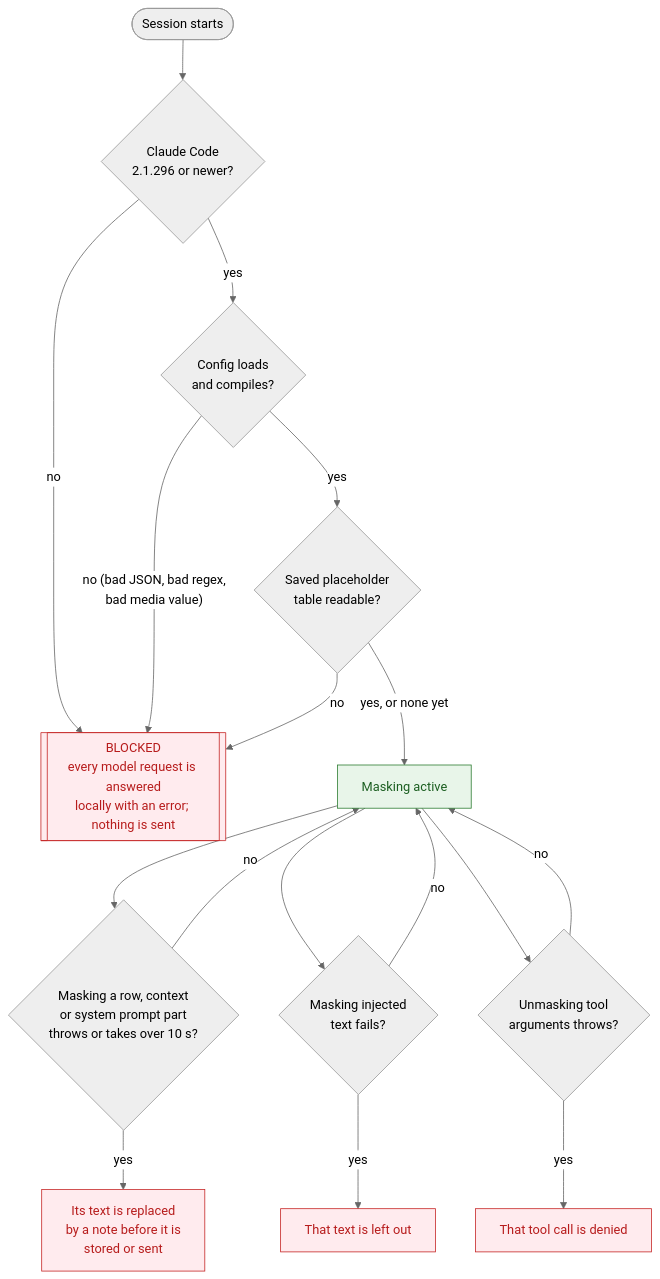
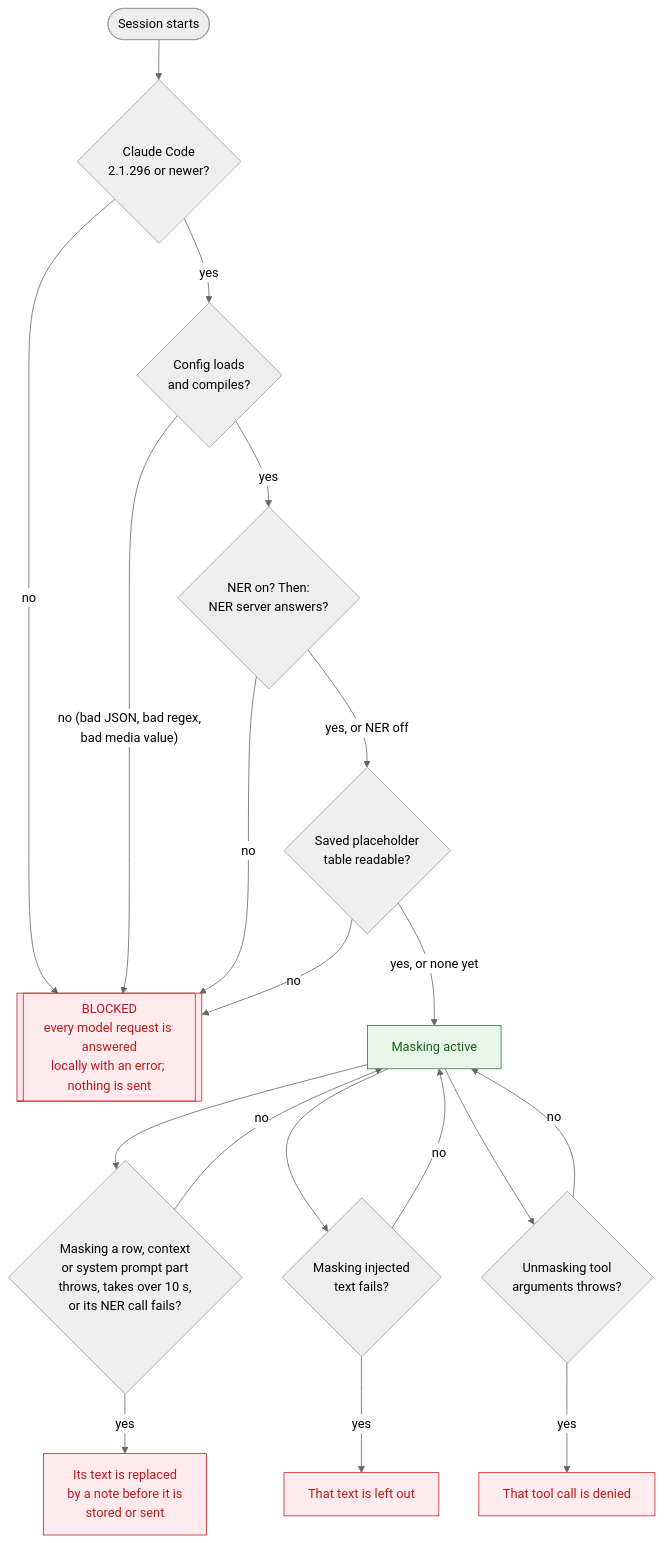
One commit to majidkabir/customer-mask changed the sixth of 6 diagrams in docs/how-it-works.md. Above: the diagram before and after it, drawn with Mermaid (neutral theme). The commit also changed other lines of this file and 13 other files, not shown here.

````diff
--- a/docs/how-it-works.md
+++ b/docs/how-it-works.md
@@ -192,24 +211,26 @@
 ```mermaid
 flowchart TD
     S([Session starts]) --> V{Claude Code<br/>2.1.296 or newer?}
     V -- no --> B[["BLOCKED<br/>every model request is answered<br/>locally with an error; nothing is sent"]]
     V -- yes --> L{Config loads<br/>and compiles?}
     L -- "no (bad JSON, bad regex,<br/>bad media value)" --> B
-    L -- yes --> F{Saved placeholder<br/>table readable?}
+    L -- yes --> N{NER on? Then:<br/>NER server answers?}
+    N -- no --> B
+    N -- "yes, or NER off" --> F{Saved placeholder<br/>table readable?}
     F -- no --> B
     F -- "yes, or none yet" --> R[Masking active]
-    R --> A{Masking a row, context<br/>or system prompt part<br/>throws or takes over 10 s?}
+    R --> A{Masking a row, context<br/>or system prompt part<br/>throws, takes over 10 s,<br/>or its NER call fails?}
     A -- no --> R
     A -- yes --> X[Its text is replaced<br/>by a note before it is<br/>stored or sent]
     R --> I{Masking injected<br/>text fails?}
     I -- no --> R
     I -- yes --> O[That text is left out]
     R --> T{Unmasking tool<br/>arguments throws?}
     T -- no --> R
     T -- yes --> D[That tool call is denied]
 
     classDef ok fill:#e8f5e9,stroke:#2e7d32,color:#1b5e20
     classDef bad fill:#ffebee,stroke:#c62828,color:#b71c1c
     class R ok
     class B,D,X,O bad
 ```
````
